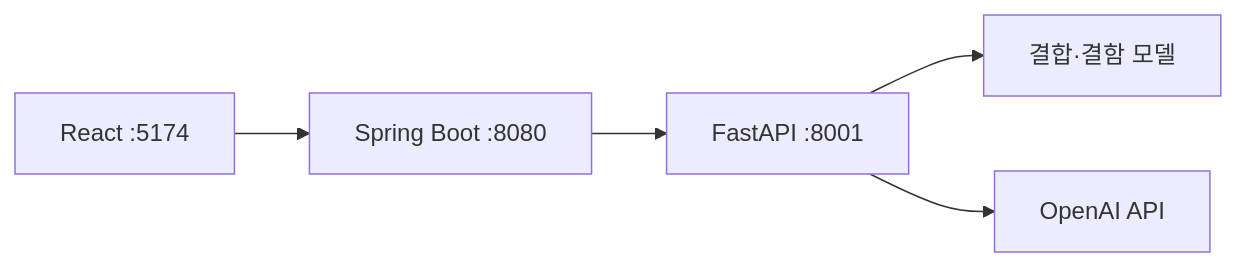
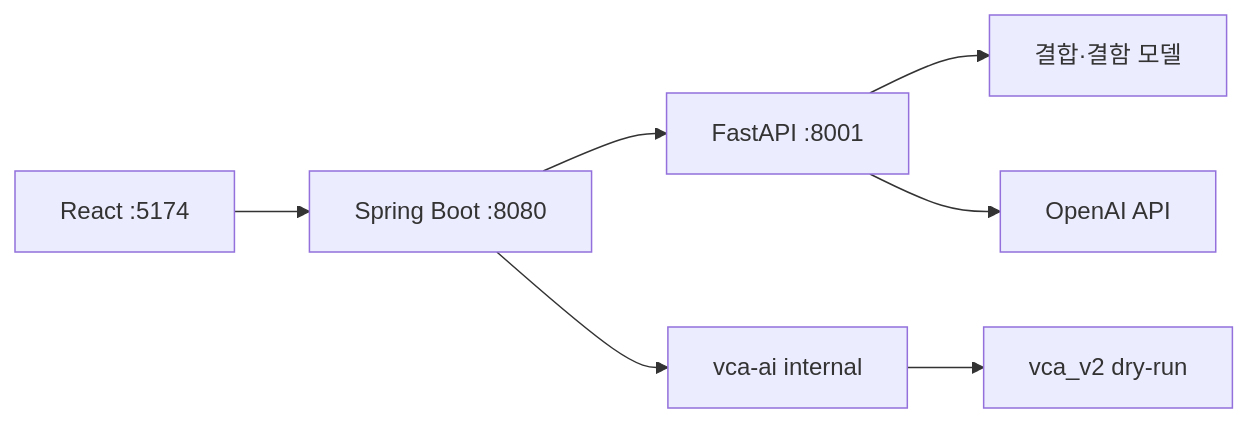
Before and after one commit to BigProject09/cultural-heritage-fe: the second of 2 diagrams in README.md, drawn with Mermaid. The commit also changed other lines of this file and 3 other files, not shown here.

````diff
--- a/README.md
+++ b/README.md
@@ -171,7 +174,9 @@
 ```mermaid
 flowchart LR
     FE[React :5174] --> BE[Spring Boot :8080]
     BE --> AI[FastAPI :8001]
     AI --> MODEL[결합·결함 모델]
     AI --> LLM[OpenAI API]
+    BE --> VCAAI[vca-ai internal]
+    VCAAI --> VCA[vca_v2 dry-run]
 ```
````
